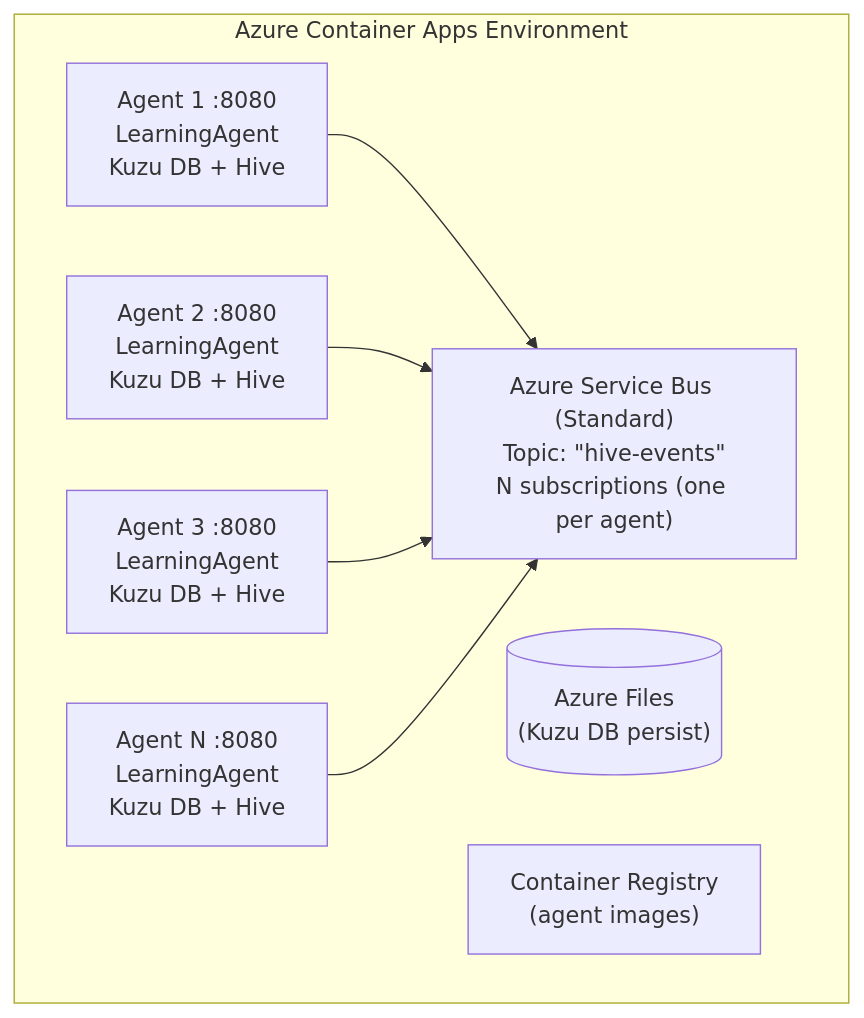
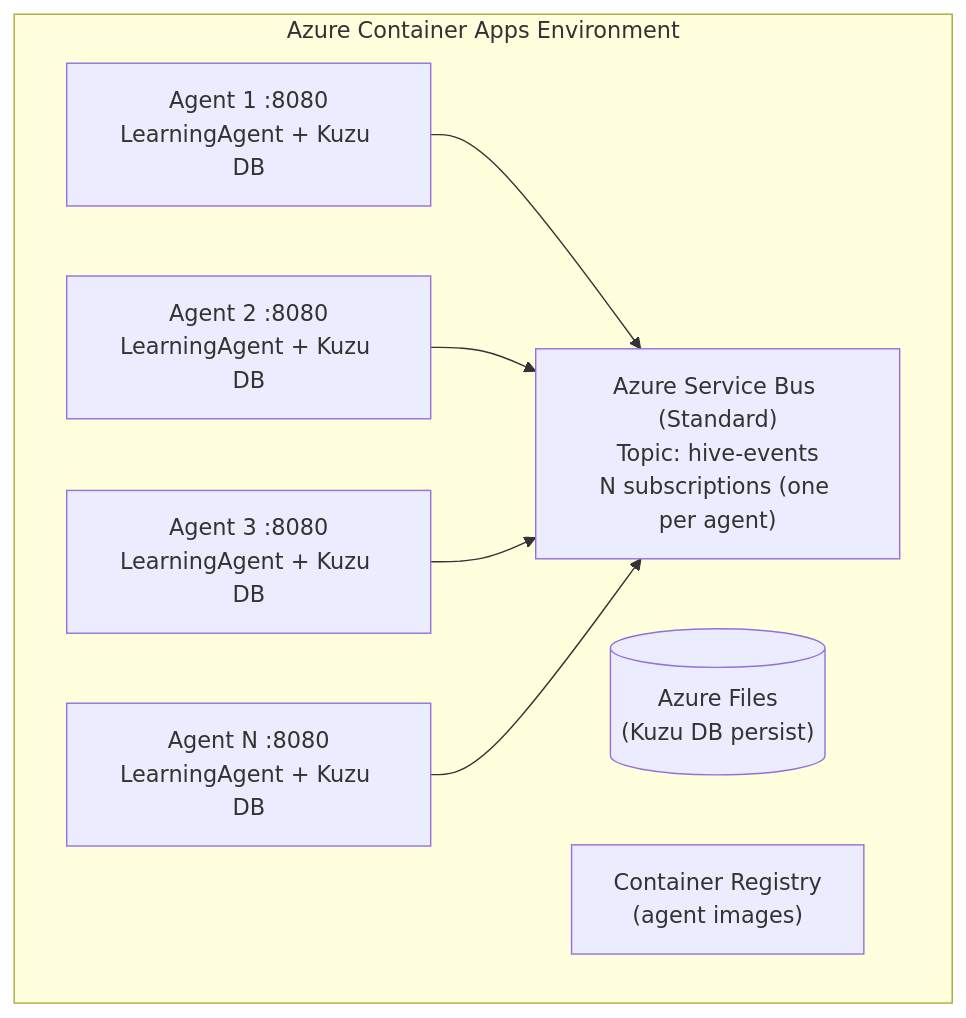
Diagram 12 of 13 in docs/hive_mind/ARCHITECTURE.md (rysweet/amplihack), drawn with Mermaid before and after one commit. The commit also changed other lines of this file and 2 other files, not shown here.

First line of the commit message:
docs: add getting-started guide and update hive mind docs

````diff
--- a/docs/hive_mind/ARCHITECTURE.md
+++ b/docs/hive_mind/ARCHITECTURE.md
@@ -237,19 +318,19 @@
 ```mermaid
 graph TD
     subgraph ACA["Azure Container Apps Environment"]
-        A1["Agent 1 :8080<br/>LearningAgent<br/>Kuzu DB + Hive"]
-        A2["Agent 2 :8080<br/>LearningAgent<br/>Kuzu DB + Hive"]
-        A3["Agent 3 :8080<br/>LearningAgent<br/>Kuzu DB + Hive"]
-        AN["Agent N :8080<br/>LearningAgent<br/>Kuzu DB + Hive"]
+        A1["Agent 1 :8080<br/>LearningAgent + Kuzu DB"]
+        A2["Agent 2 :8080<br/>LearningAgent + Kuzu DB"]
+        A3["Agent 3 :8080<br/>LearningAgent + Kuzu DB"]
+        AN["Agent N :8080<br/>LearningAgent + Kuzu DB"]
 
-        SB["Azure Service Bus (Standard)<br/>Topic: &quot;hive-events&quot;<br/>N subscriptions (one per agent)"]
+        SB["Azure Service Bus (Standard)<br/>Topic: hive-events<br/>N subscriptions (one per agent)"]
 
         A1 --> SB
         A2 --> SB
         A3 --> SB
         AN --> SB
 
         Files[("Azure Files<br/>(Kuzu DB persist)")]
         ACR["Container Registry<br/>(agent images)"]
     end
 ```
````
